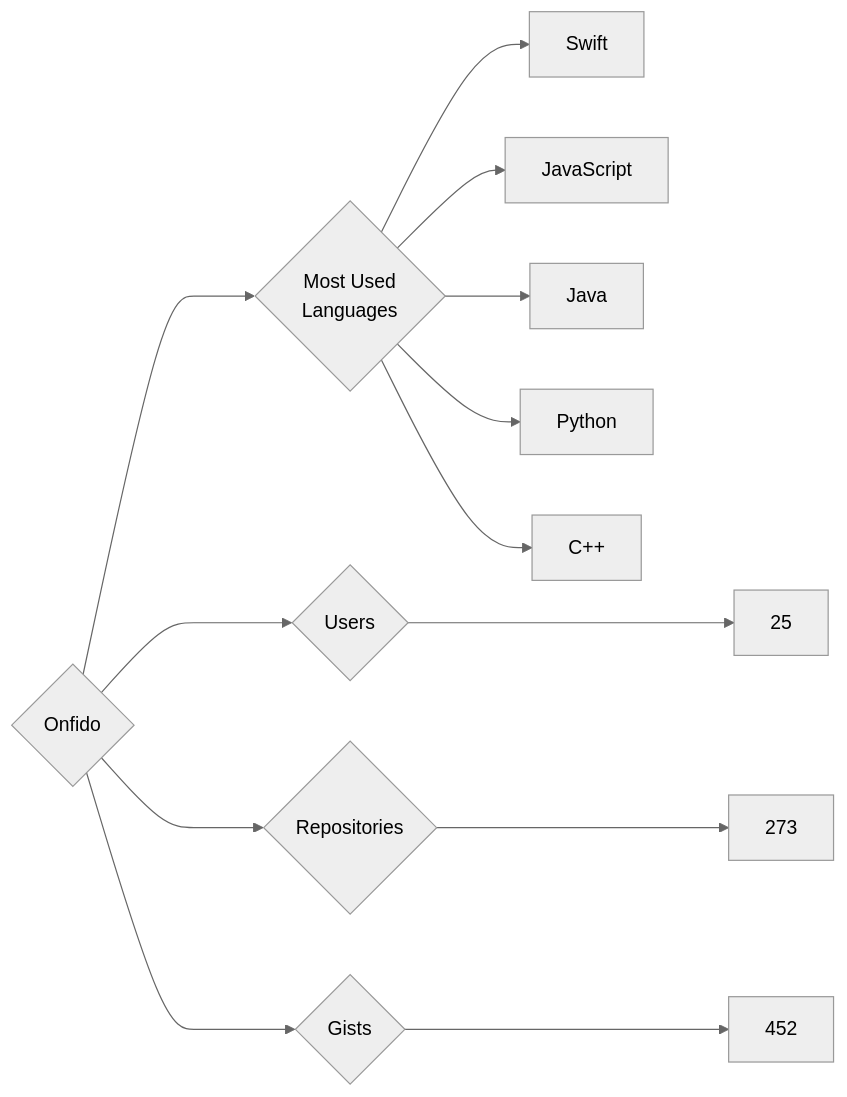
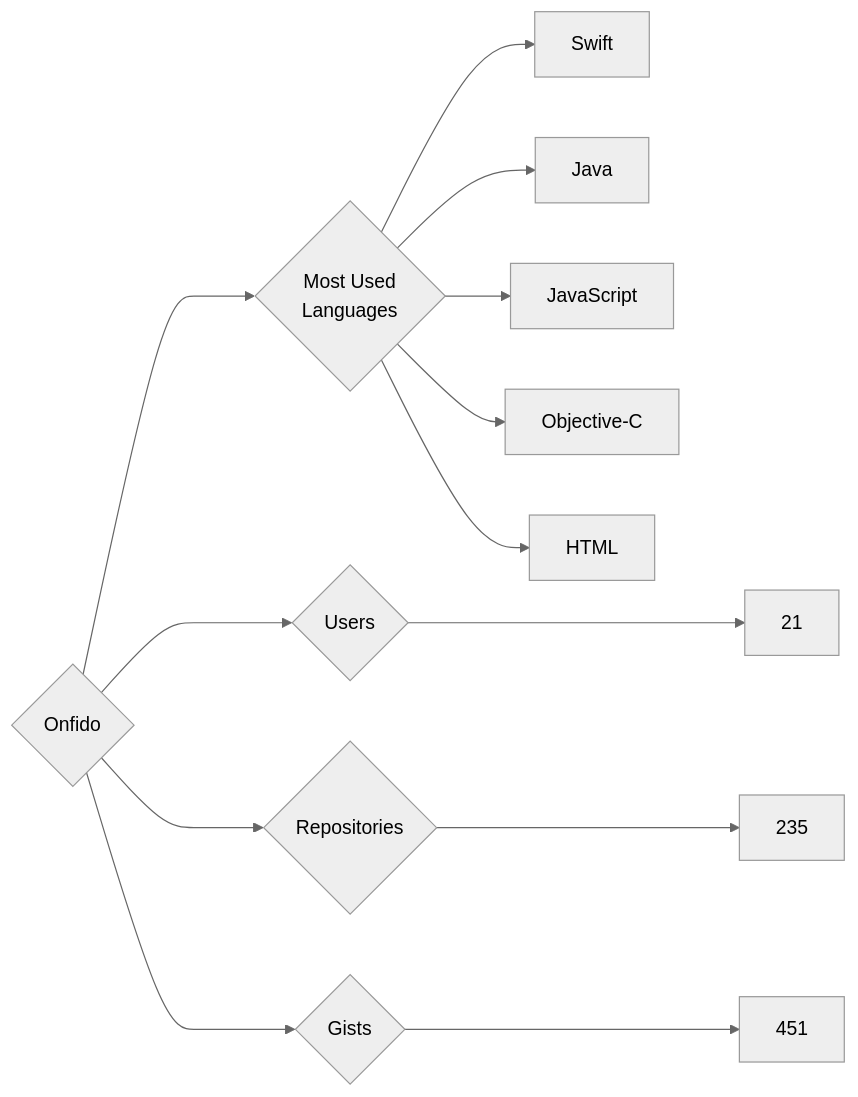
Before and after one commit to trickest/insiders: the diagram in targets/Onfido/README.md, drawn with Mermaid (neutral theme). The commit also changed 964 other files, not shown here.

````diff
--- a/targets/Onfido/README.md
+++ b/targets/Onfido/README.md
@@ -3,13 +3,13 @@
 ```mermaid
 graph LR
 COMPANY_NAME{Onfido}
-COMPANY_NAME ---> U{Users} ---> UN[25]
-COMPANY_NAME ---> R{Repositories} ---> RN[273]
-COMPANY_NAME ---> G{Gists} ---> GN[452]
+COMPANY_NAME ---> U{Users} ---> UN[21]
+COMPANY_NAME ---> R{Repositories} ---> RN[235]
+COMPANY_NAME ---> G{Gists} ---> GN[451]
 COMPANY_NAME ---> ML{Most Used<br>Languages}
 ML --> Swift[Swift]
+ML --> Java[Java]
 ML --> JavaScript[JavaScript]
-ML --> Java[Java]
-ML --> Python[Python]
-ML --> C++[C++]
+ML --> Objective-C[Objective-C]
+ML --> HTML[HTML]
 ```
````
